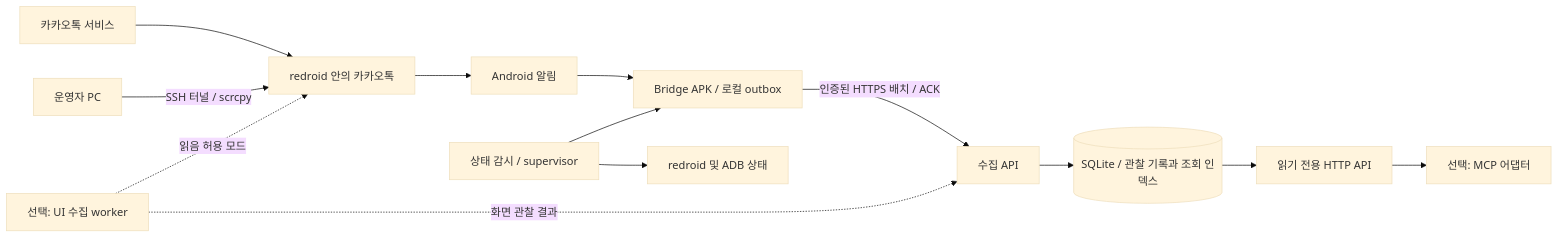
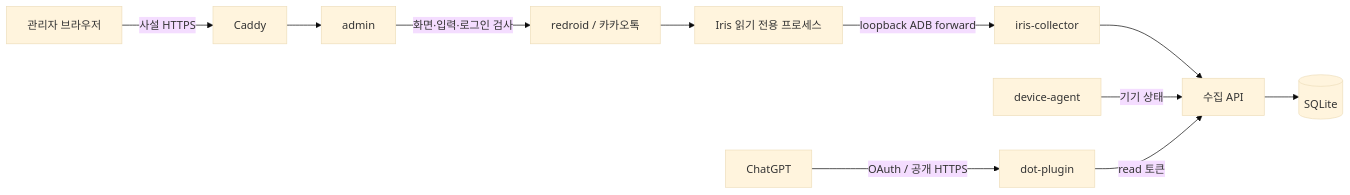
The diagram in docs/design.md (rokrokss/kakaotalk-bridge), drawn with Mermaid (base theme) before and after one commit. The commit also changed other lines of this file and 23 other files, not shown here.

````diff
--- a/docs/design.md
+++ b/docs/design.md
@@ -43,15 +7,13 @@
 ```mermaid
 flowchart LR
-    K[카카오톡 서비스] --> A[redroid 안의 카카오톡]
-    A --> N[Android 알림]
-    N --> B[Bridge APK / 로컬 outbox]
-    B -->|인증된 HTTPS 배치 / ACK| I[수집 API]
-    I --> D[(SQLite / 관찰 기록과 조회 인덱스)]
-    D --> Q[읽기 전용 HTTP API]
-    Q --> M[선택: MCP 어댑터]
-    S[상태 감시 / supervisor] --> B
-    S --> R[redroid 및 ADB 상태]
-    O[운영자 PC] -->|SSH 터널 / scrcpy| A
-    U[선택: UI 수집 worker] -. 읽음 허용 모드 .-> A
-    U -. 화면 관찰 결과 .-> I
+    Browser[관리자 브라우저] -->|사설 HTTPS| Gateway[Caddy]
+    Gateway --> Admin[admin]
+    Admin -->|화면·입력·로그인 검사| Android[redroid / 카카오톡]
+    Android --> Iris[Iris 읽기 전용 프로세스]
+    Iris -->|loopback ADB forward| Collector[iris-collector]
+    Collector --> API[수집 API]
+    Agent[device-agent] -->|기기 상태| API
+    API --> DB[(SQLite)]
+    Dot[ChatGPT] -->|OAuth / 공개 HTTPS| MCP[dot-plugin]
+    MCP -->|read 토큰| API
 ```
````
